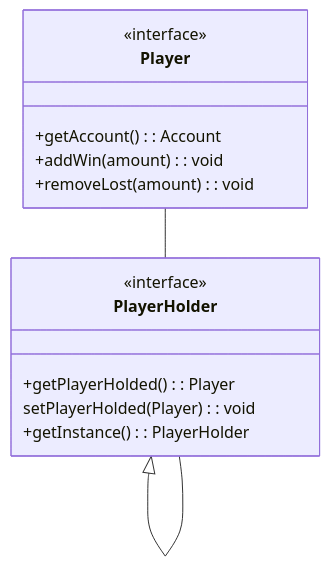
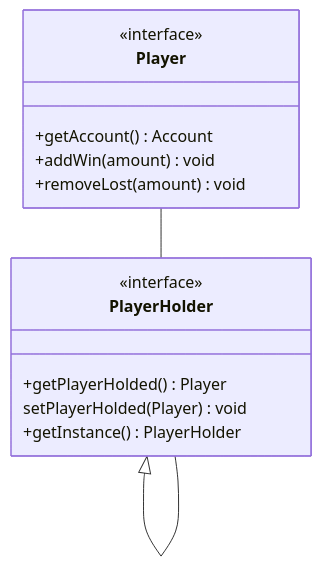
The fifth of 6 diagrams in Relazione.md (MatteoCalvanico/pss23-Calvanico-Monti-Ghinelli-VirtualCasino), drawn with Mermaid before and after one commit. The commit also changed other lines of this file, not shown here.

````diff
--- a/Relazione.md
+++ b/Relazione.md
@@ -255,19 +255,19 @@
 ```mermaid
 classDiagram
 class Player {
-    +getAccount(): Account
-    +addWin(amount): void
-    +removeLost(amount): void
+    +getAccount() Account
+    +addWin(amount) void
+    +removeLost(amount) void
 }
 <<interface>> Player
 
 class PlayerHolder {
-    +getPlayerHolded(): Player
-    setPlayerHolded(Player): void
-    +getInstance(): PlayerHolder
+    +getPlayerHolded() Player
+    setPlayerHolded(Player) void
+    +getInstance() PlayerHolder
 }
 <<interface>> PlayerHolder
 
 Player -- PlayerHolder
 PlayerHolder <|-- PlayerHolder
 ```
````
